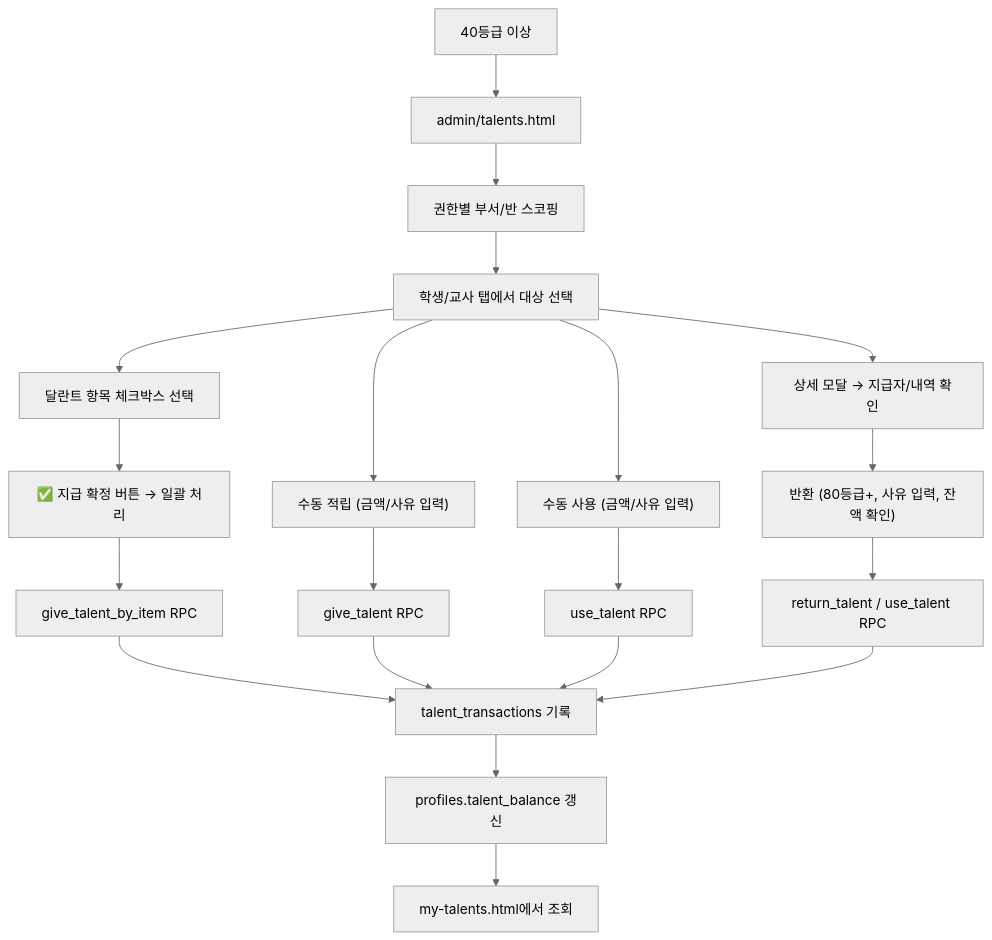
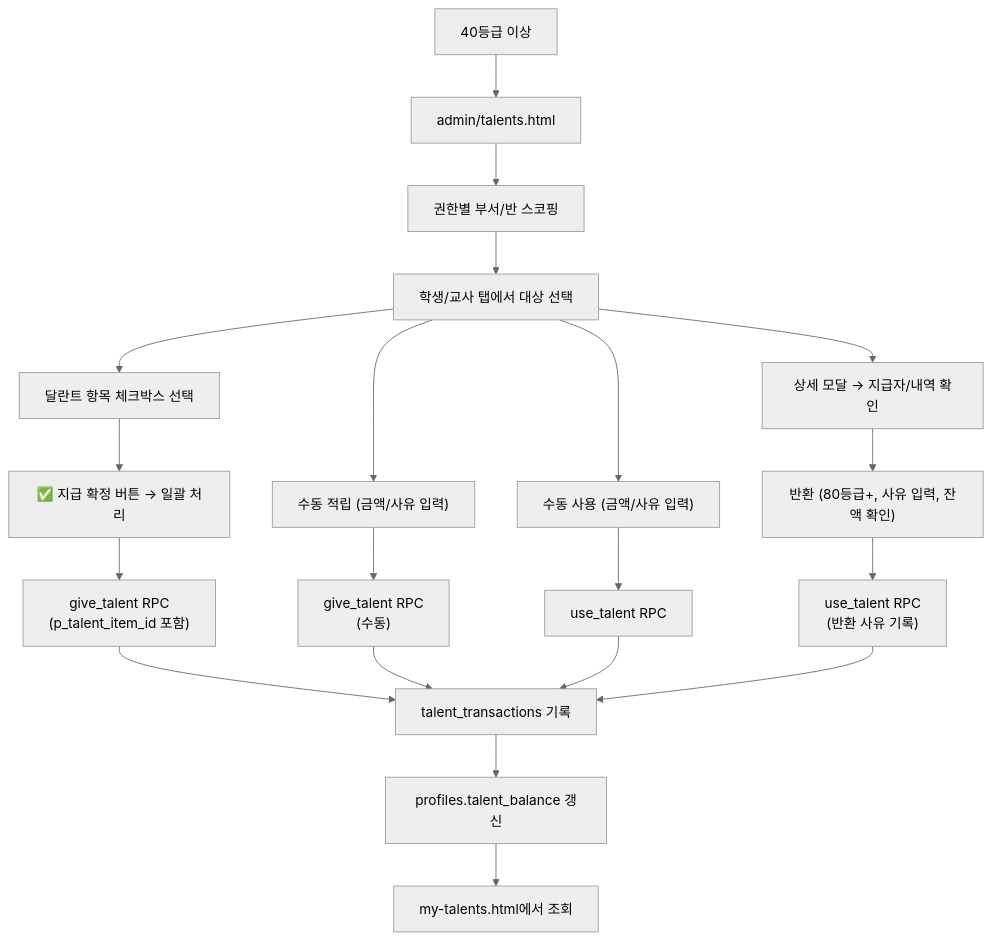
Before and after one commit to CHO-Talents/CHO-Talents: the seventh of 11 diagrams in docs/PROJECT_ARCHITECTURE_FLOW.md, drawn with Mermaid (neutral theme). The commit also changed other lines of this file and 4 other files, not shown here.

````diff
--- a/docs/PROJECT_ARCHITECTURE_FLOW.md
+++ b/docs/PROJECT_ARCHITECTURE_FLOW.md
@@ -254,23 +258,23 @@
 ```mermaid
 flowchart TD
   Manager["40등급 이상"] --> TalentPage["admin/talents.html"]
   TalentPage --> Scope["권한별 부서/반 스코핑"]
   Scope --> Target["학생/교사 탭에서 대상 선택"]
   Target --> ItemCheck["달란트 항목 체크박스 선택"]
   Target --> ManualGive["수동 적립 (금액/사유 입력)"]
   Target --> ManualUse["수동 사용 (금액/사유 입력)"]
   ItemCheck --> Confirm["✅ 지급 확정 버튼 → 일괄 처리"]
-  Confirm --> GiveRPC["give_talent_by_item RPC"]
-  ManualGive --> GiveTalent["give_talent RPC"]
+  Confirm --> GiveRPC["give_talent RPC<br/>(p_talent_item_id 포함)"]
+  ManualGive --> GiveTalent["give_talent RPC<br/>(수동)"]
   ManualUse --> UseTalent["use_talent RPC"]
   GiveRPC --> Tx["talent_transactions 기록"]
   GiveTalent --> Tx
   UseTalent --> Tx
   Tx --> Balance["profiles.talent_balance 갱신"]
   Balance --> UserView["my-talents.html에서 조회"]
 
   Target --> Detail["상세 모달 → 지급자/내역 확인"]
   Detail --> Return["반환 (80등급+, 사유 입력, 잔액 확인)"]
-  Return --> ReturnRPC["return_talent / use_talent RPC"]
+  Return --> ReturnRPC["use_talent RPC<br/>(반환 사유 기록)"]
   ReturnRPC --> Tx
 ```
````
